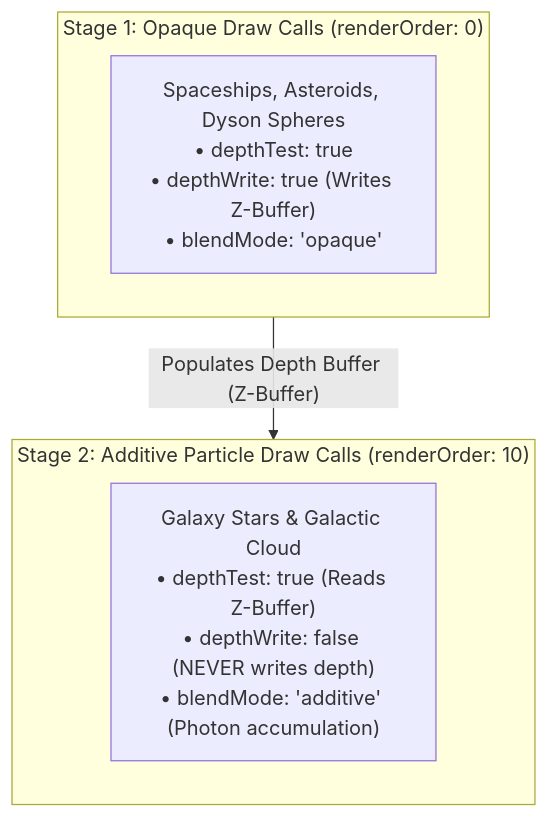
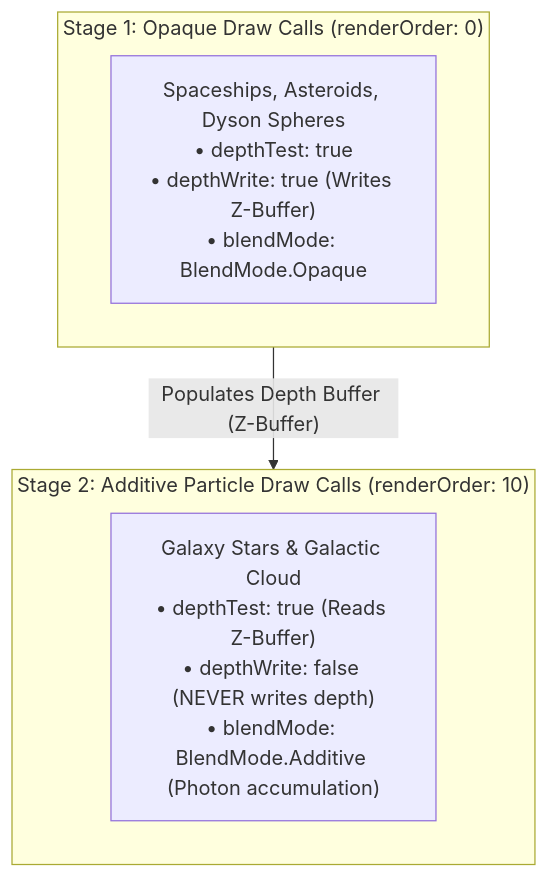
Before and after one commit to ReeseJones/website_reesedrjones: the first of 3 diagrams in src/scene/renderer/scene_render_pipeline_design.md, drawn with Mermaid. The commit also changed other lines of this file and 1 other file, not shown here.

Commit message:
docs(scene): update pipeline and mesh design docs for BlendMode enum

````diff
--- a/src/scene/renderer/scene_render_pipeline_design.md
+++ b/src/scene/renderer/scene_render_pipeline_design.md
@@ -42,12 +42,12 @@
 ```mermaid
 flowchart TD
     subgraph Stage1 ["Stage 1: Opaque Draw Calls (renderOrder: 0)"]
-        SolidMesh["Spaceships, Asteroids, Dyson Spheres<br/>• depthTest: true<br/>• depthWrite: true (Writes Z-Buffer)<br/>• blendMode: 'opaque'"]
+        SolidMesh["Spaceships, Asteroids, Dyson Spheres<br/>• depthTest: true<br/>• depthWrite: true (Writes Z-Buffer)<br/>• blendMode: BlendMode.Opaque"]
     end
 
     subgraph Stage2 ["Stage 2: Additive Particle Draw Calls (renderOrder: 10)"]
-        Stars["Galaxy Stars & Galactic Cloud<br/>• depthTest: true (Reads Z-Buffer)<br/>• depthWrite: false (NEVER writes depth)<br/>• blendMode: 'additive' (Photon accumulation)"]
+        Stars["Galaxy Stars & Galactic Cloud<br/>• depthTest: true (Reads Z-Buffer)<br/>• depthWrite: false (NEVER writes depth)<br/>• blendMode: BlendMode.Additive (Photon accumulation)"]
     end
 
     Stage1 -->|"Populates Depth Buffer (Z-Buffer)"| Stage2
 ```
````
